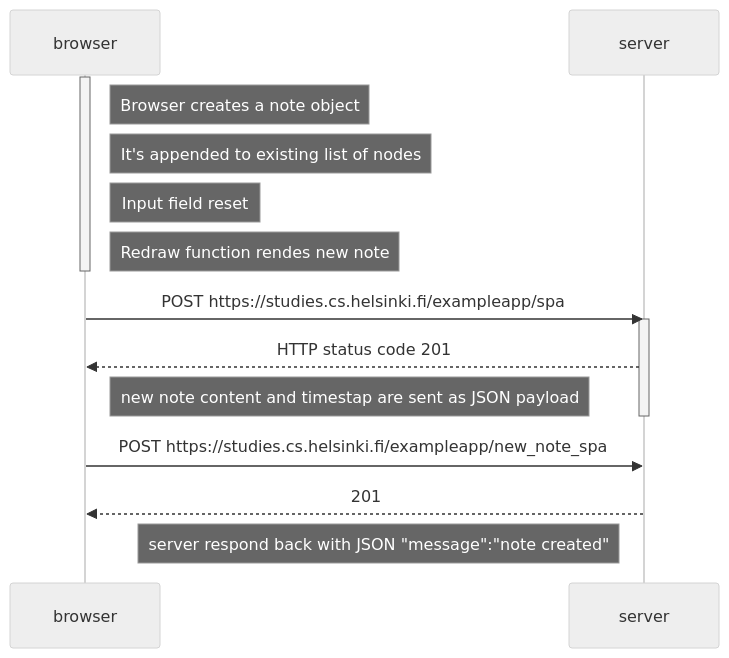
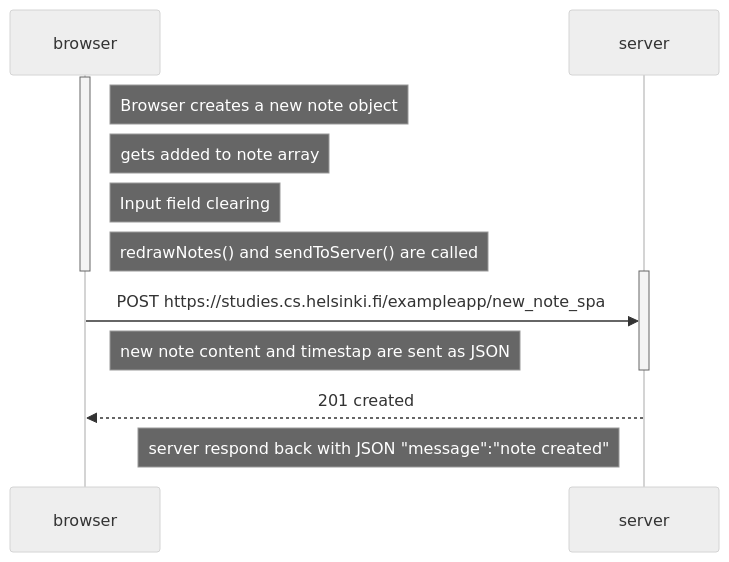
The diagram in Part 0/0.6 New Note in Singel Page App diagram.md (karloag/FullStackOpen_part0), drawn with Mermaid (neutral theme) before and after one commit.

````diff
--- a/Part 0/0.6 New Note in Singel Page App diagram.md
+++ b/Part 0/0.6 New Note in Singel Page App diagram.md
@@ -1,23 +1,25 @@
 ```mermaid 
 sequenceDiagram
 participant browser 
 participant server
 activate browser
 
-note right of browser: Browser creates a note object  
-note right of browser: It's appended to existing list of nodes
-note right of browser: Input field reset
-note right of browser: Redraw function rendes new note
+note right of browser: Browser creates a new note object  
+note right of browser: gets added to note array
+note right of browser: Input field clearing
+note right of browser: redrawNotes() and sendToServer() are called
 deactivate browser
 
-browser->>server: POST  https://studies.cs.helsinki.fi/exampleapp/spa 
 activate server 
-server-->>browser: HTTP status code 201
-note right of browser: new note content and timestap are sent as JSON payload
+
+
+browser->> server: POST https://studies.cs.helsinki.fi/exampleapp/new_note_spa
+
+note right of browser: new note content and timestap are sent as JSON 
 deactivate server 
 
-browser->> server: POST https://studies.cs.helsinki.fi/exampleapp/new_note_spa
-server-->> browser:  201
+server-->> browser:  201 created 
+
 note left of server : server respond back with JSON  "message":"note created"
  
 ``` 
````
